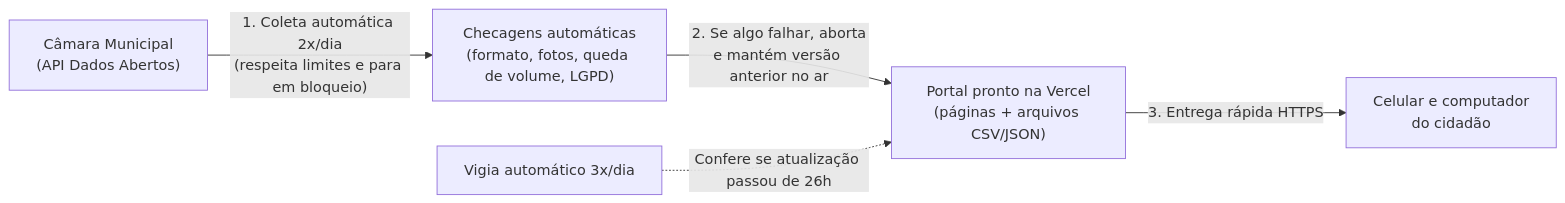
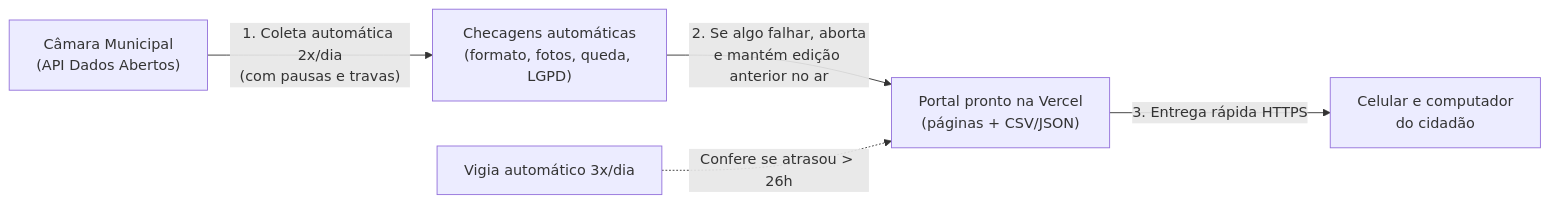
Before and after one commit to vhonorato02/acompanhe-seu-vereador: the diagram in docs/GUIA-DO-OBSERVATORIO.md, drawn with Mermaid. The commit also changed other lines of this file and 33 other files, not shown here.

````diff
--- a/docs/GUIA-DO-OBSERVATORIO.md
+++ b/docs/GUIA-DO-OBSERVATORIO.md
@@ -77,7 +102,7 @@
 ```mermaid
 flowchart LR
-  Camara["Câmara Municipal<br/>(API Dados Abertos)"] -->|"1. Coleta automática 2x/dia<br/>(respeita limites e para em bloqueio)"| Verificador["Checagens automáticas<br/>(formato, fotos, queda de volume, LGPD)"]
-  Verificador -->|"2. Se algo falhar, aborta<br/>e mantém versão anterior no ar"| Publicacao["Portal pronto na Vercel<br/>(páginas + arquivos CSV/JSON)"]
+  Camara["Câmara Municipal<br/>(API Dados Abertos)"] -->|"1. Coleta automática 2x/dia<br/>(com pausas e travas)"| Verificador["Checagens automáticas<br/>(formato, fotos, queda, LGPD)"]
+  Verificador -->|"2. Se algo falhar, aborta<br/>e mantém edição anterior no ar"| Publicacao["Portal pronto na Vercel<br/>(páginas + CSV/JSON)"]
   Publicacao -->|"3. Entrega rápida HTTPS"| Cidadao["Celular e computador<br/>do cidadão"]
-  Vigia["Vigia automático 3x/dia"] -.->|"Confere se atualização passou de 26h"| Publicacao
+  Vigia["Vigia automático 3x/dia"] -.->|"Confere se atrasou > 26h"| Publicacao
 ```
````
